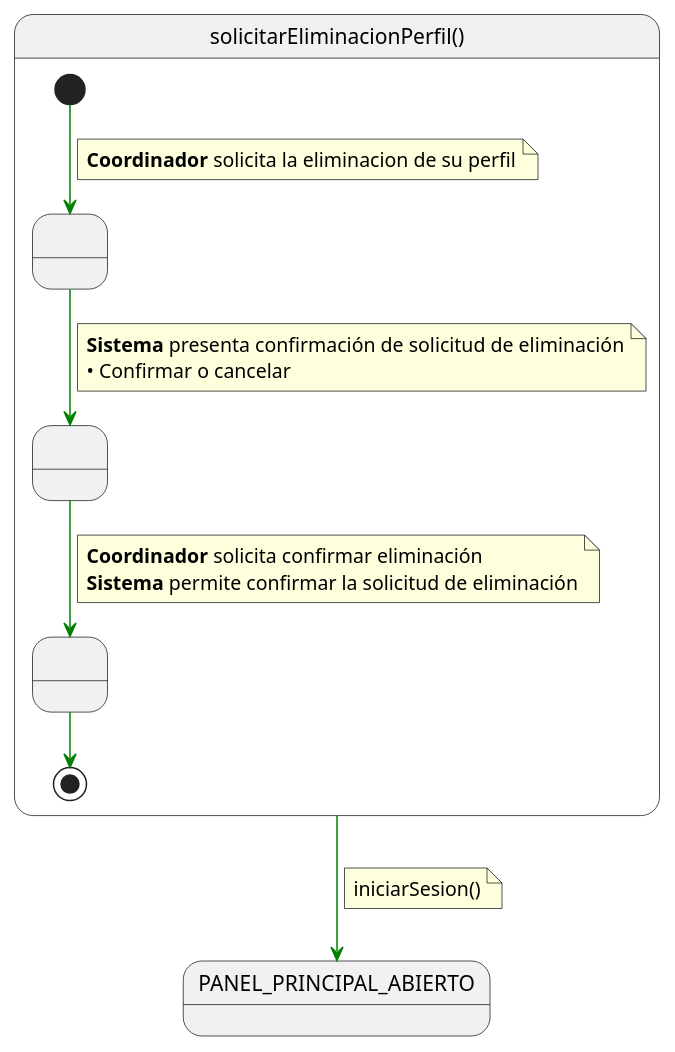
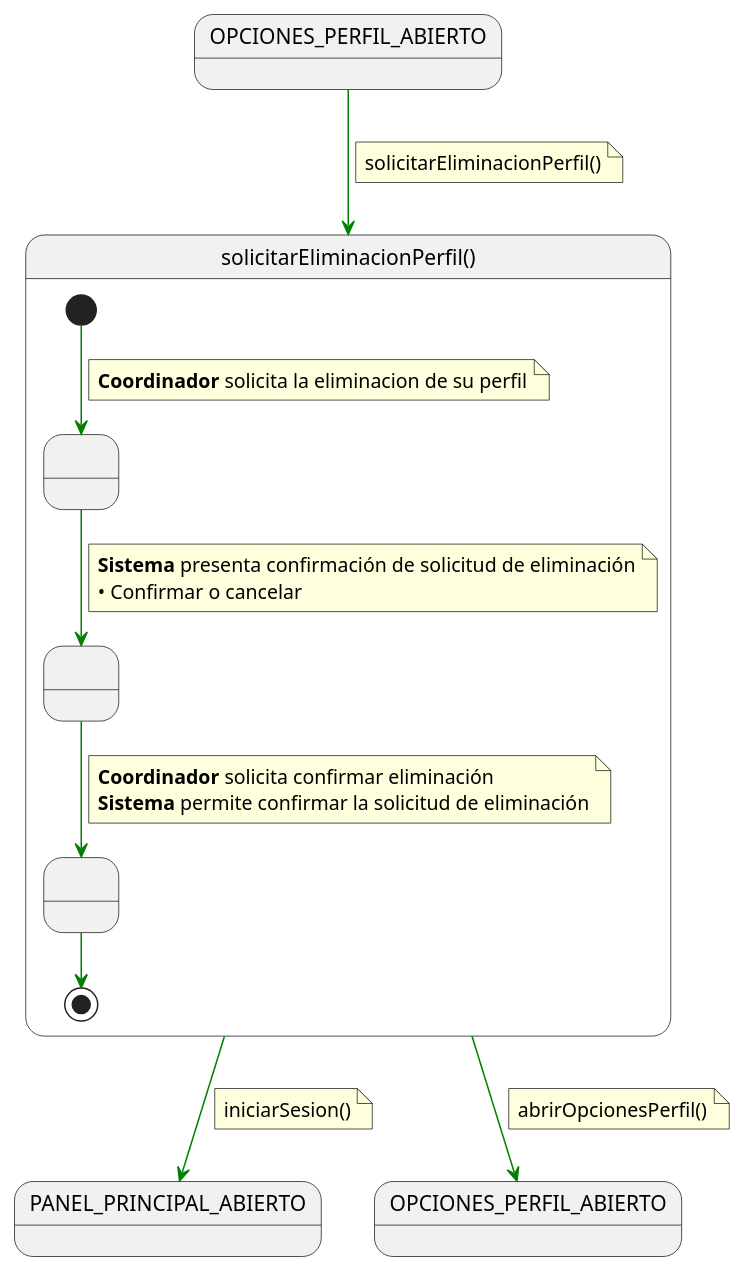
One commit to 31Diego/25-26-IdSw1-SdR changed the diagram in documentación/CasosDeUso/Detalle/Coordinador/05-perfil/solicitarEliminacionPerfil.puml. Above: the diagram before and after it, drawn with PlantUML. The commit also changed 19 other files, not shown here.

Commit message:
correccion diagrama contexto

```diff
--- a/documentación/CasosDeUso/Detalle/Coordinador/05-perfil/solicitarEliminacionPerfil.puml
+++ b/documentación/CasosDeUso/Detalle/Coordinador/05-perfil/solicitarEliminacionPerfil.puml
@@ -1,39 +1,52 @@
 @startuml solicitarEliminacionPerfil
 
 skinparam linetype polyline
+
+state in1 as "OPCIONES_PERFIL_ABIERTO"
+in1 -[#green]-> solicitarEliminacionPerfil
+note on link
+solicitarEliminacionPerfil()
+end note
+
 
 state solicitarEliminacionPerfil as "solicitarEliminacionPerfil()" {
 
     state " " as SeleccionandoPerfil
     state " " as ConfirmandoSolicitud
     state " " as SolicitudEnviada
 
     [*] -[#green]-> SeleccionandoPerfil
     note on link
     <b>Coordinador</b> solicita la eliminacion de su perfil
     end note
 
     SeleccionandoPerfil -[#green]-> ConfirmandoSolicitud
     note on link
     <b>Sistema</b> presenta confirmación de solicitud de eliminación
     • Confirmar o cancelar
     end note
 
     ConfirmandoSolicitud -[#green]-> SolicitudEnviada
     note on link
     <b>Coordinador</b> solicita confirmar eliminación
     <b>Sistema</b> permite confirmar la solicitud de eliminación
     end note
 
     
     SolicitudEnviada -[#green]-> [*]
    
 }
 
 
 solicitarEliminacionPerfil -[#green]-> PANEL_PRINCIPAL_ABIERTO
 note on link
 iniciarSesion()
 end note
 
+
+solicitarEliminacionPerfil -[#green]-> OPCIONES_PERFIL_ABIERTO
+note on link
+abrirOpcionesPerfil()
+end note
+
 @enduml
```
